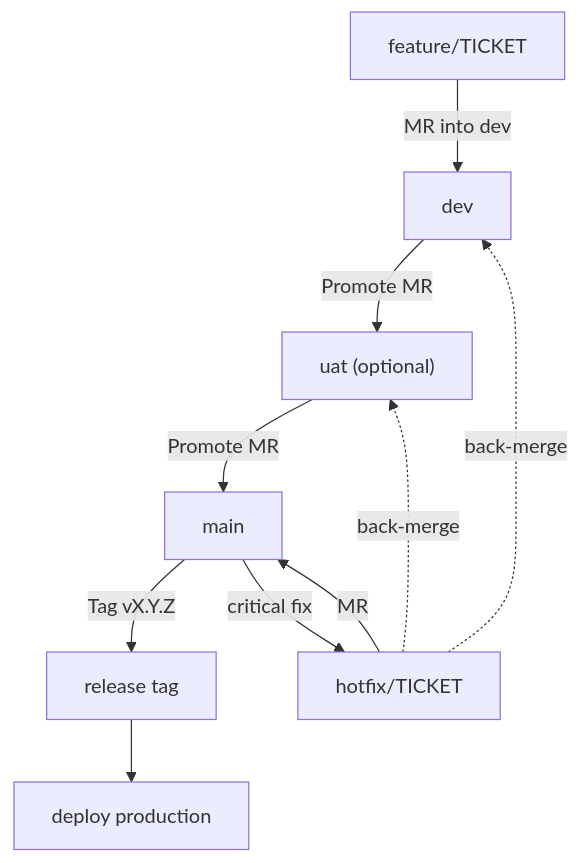
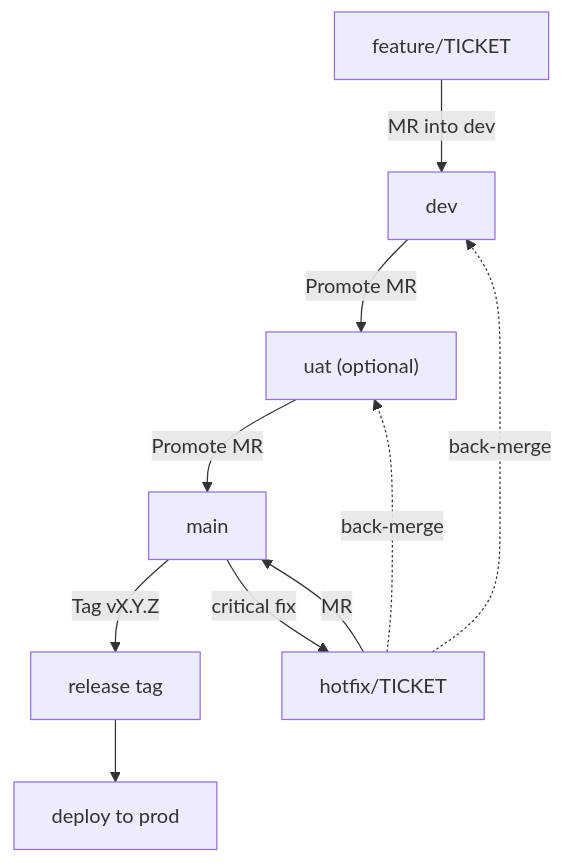
One commit to duynhlab/homelab changed the first of 7 diagrams in docs/platform/gitflow.md. Above: the diagram before and after it, drawn with Mermaid. The commit also changed other lines of this file and 2 other files, not shown here.

First line of the commit message:
Standardize platform docs envs to dev/uat/prod

````diff
--- a/docs/platform/gitflow.md
+++ b/docs/platform/gitflow.md
@@ -13,13 +13,13 @@
 ```mermaid
 flowchart TD
   feature["feature/TICKET"] -->|"MR into dev"| dev["dev"]
   dev -->|"Promote MR"| uat["uat (optional)"]
   uat -->|"Promote MR"| main["main"]
   main -->|"Tag vX.Y.Z"| releaseTag["release tag"]
-  releaseTag --> prod["deploy production"]
+  releaseTag --> prod["deploy to prod"]
 
   main -->|"critical fix"| hotfix["hotfix/TICKET"]
   hotfix -->|"MR"| main
   hotfix -.->|"back-merge"| dev
   hotfix -.->|"back-merge"| uat
 ```
````
